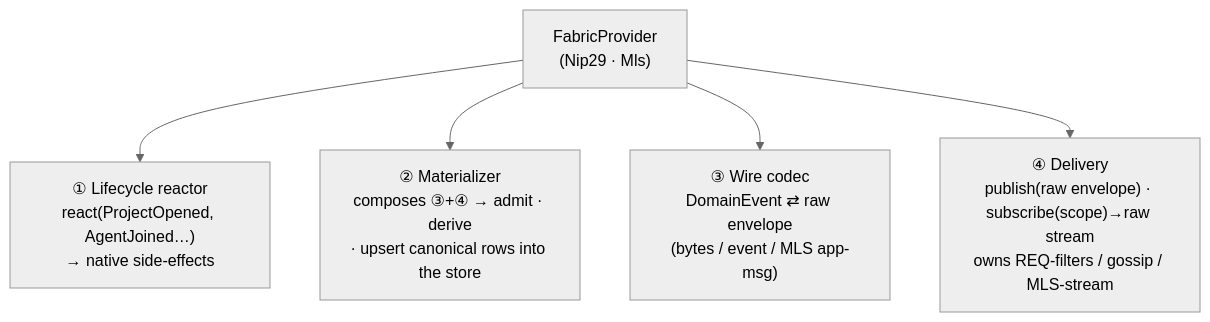
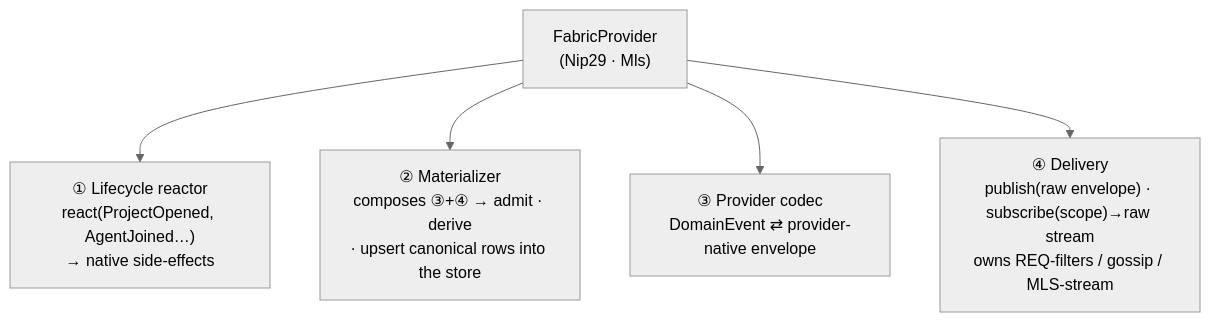
The fourth of 6 diagrams in docs/fabric-architecture.md (pablof7z/tenex-edge), drawn with Mermaid (neutral theme) before and after one commit. The commit also changed other lines of this file and 6 other files, not shown here.

````diff
--- a/docs/fabric-architecture.md
+++ b/docs/fabric-architecture.md
@@ -304,8 +304,8 @@
 ```mermaid
 flowchart TD
     PROVIDER["FabricProvider<br/>(Nip29 · Mls)"]
     PROVIDER --> L["① Lifecycle reactor<br/>react(ProjectOpened, AgentJoined…)<br/>→ native side-effects"]
     PROVIDER --> M["② Materializer<br/>composes ③+④ → admit · derive<br/>· upsert canonical rows into the store"]
-    PROVIDER --> W["③ Wire codec<br/>DomainEvent ⇄ raw envelope<br/>(bytes / event / MLS app-msg)"]
+    PROVIDER --> W["③ Provider codec<br/>DomainEvent ⇄ provider-native envelope"]
     PROVIDER --> D["④ Delivery<br/>publish(raw envelope) · subscribe(scope)→raw stream<br/>owns REQ-filters / gossip / MLS-stream"]
 ```
````
